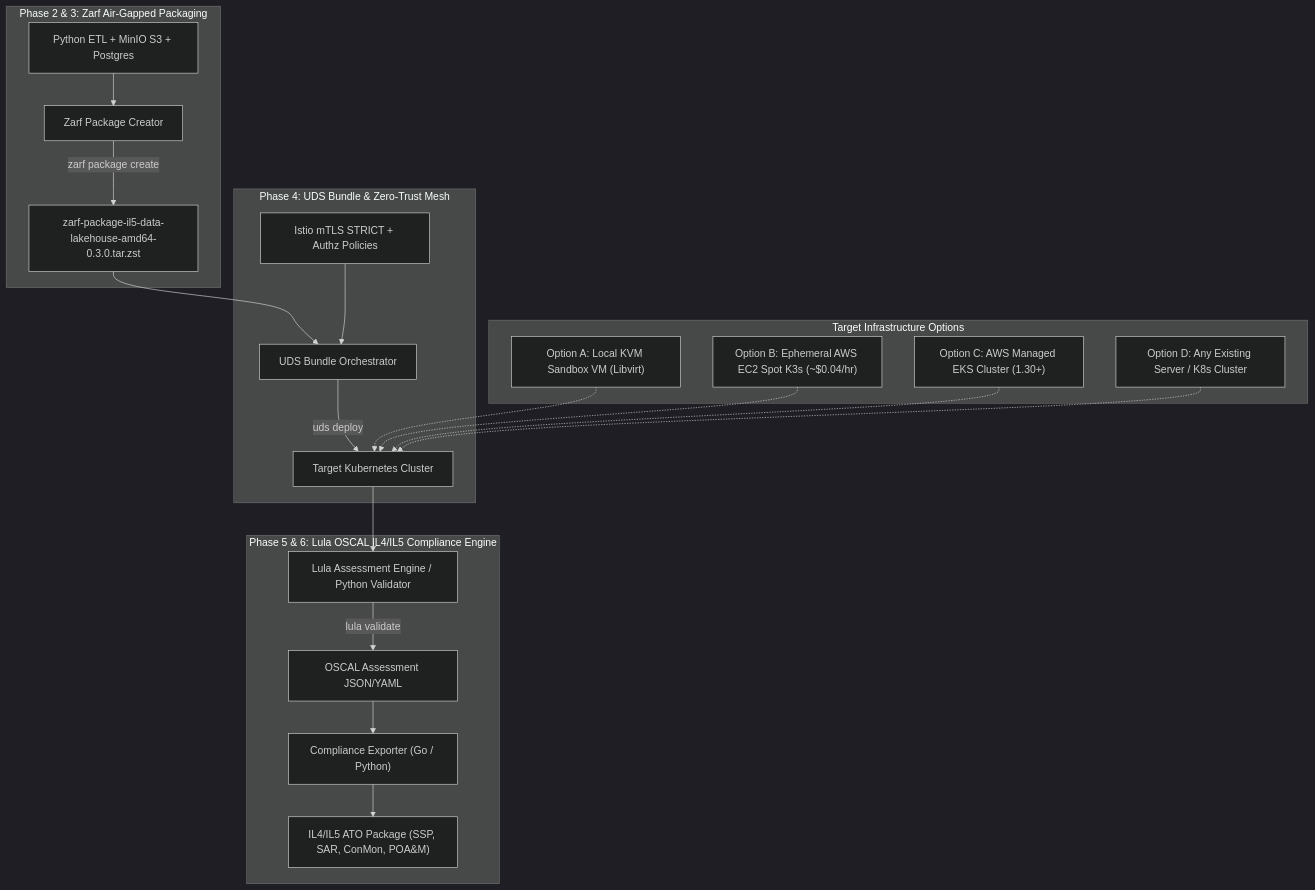
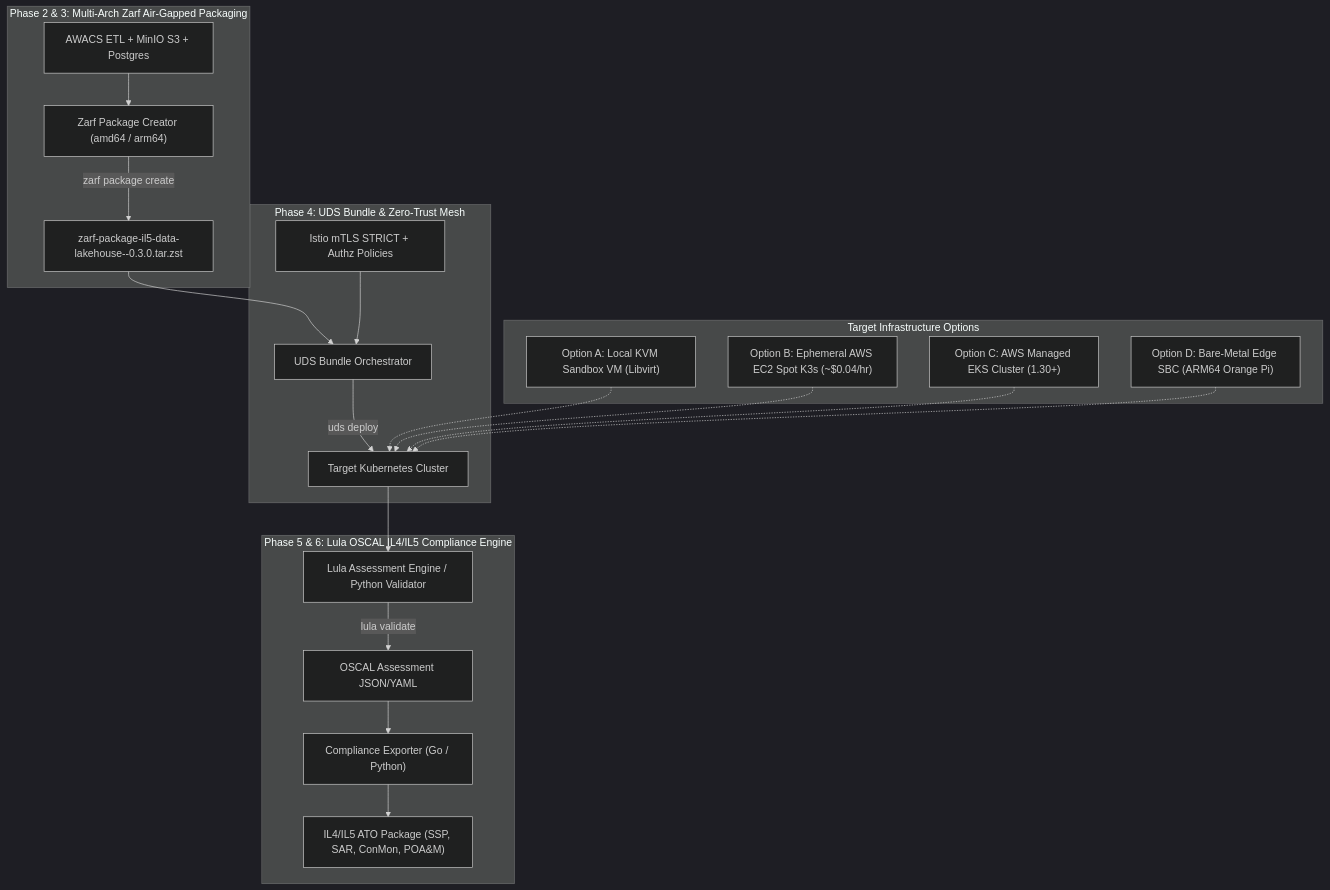
The second of 2 diagrams in README.md (celttechie/zarf-uds-lula-datalakehouse), drawn with Mermaid (dark theme) before and after one commit. The commit also changed other lines of this file, not shown here.

Commit message:
docs: add ARM64 edge deployment instructions and mission status dashboard to README

````diff
--- a/README.md
+++ b/README.md
@@ -62,31 +63,31 @@
 ```mermaid
 flowchart TD
     subgraph TargetEnv ["Target Infrastructure Options"]
         OPT_A["Option A: Local KVM Sandbox VM (Libvirt)"]
         OPT_B["Option B: Ephemeral AWS EC2 Spot K3s (~$0.04/hr)"]
         OPT_C["Option C: AWS Managed EKS Cluster (1.30+)"]
-        OPT_D["Option D: Any Existing Server / K8s Cluster"]
+        OPT_D["Option D: Bare-Metal Edge SBC (ARM64 Orange Pi)"]
     end
 
-    subgraph Packaging ["Phase 2 & 3: Zarf Air-Gapped Packaging"]
-        APP["Python ETL + MinIO S3 + Postgres"] --> ZARF["Zarf Package Creator"]
-        ZARF -->|"zarf package create"| TAR["zarf-package-il5-data-lakehouse-amd64-0.3.0.tar.zst"]
+    subgraph Packaging ["Phase 2 & 3: Multi-Arch Zarf Air-Gapped Packaging"]
+        APP["AWACS ETL + MinIO S3 + Postgres"] --> ZARF["Zarf Package Creator (amd64 / arm64)"]
+        ZARF -->|"zarf package create"| TAR["zarf-package-il5-data-lakehouse-<arch>-0.3.0.tar.zst"]
     end
 
     subgraph Orchestration ["Phase 4: UDS Bundle & Zero-Trust Mesh"]
         TAR --> UDS["UDS Bundle Orchestrator"]
         MESH["Istio mTLS STRICT + Authz Policies"] --> UDS
         UDS -->|"uds deploy"| K8S["Target Kubernetes Cluster"]
         OPT_A -.-> K8S
         OPT_B -.-> K8S
         OPT_C -.-> K8S
         OPT_D -.-> K8S
     end
 
     subgraph Accreditation ["Phase 5 & 6: Lula OSCAL IL4/IL5 Compliance Engine"]
         K8S --> LULA["Lula Assessment Engine / Python Validator"]
         LULA -->|"lula validate"| OSCAL["OSCAL Assessment JSON/YAML"]
         OSCAL --> EXP["Compliance Exporter (Go / Python)"]
         EXP --> ATO["IL4/IL5 ATO Package (SSP, SAR, ConMon, POA&M)"]
     end
 ```
````
